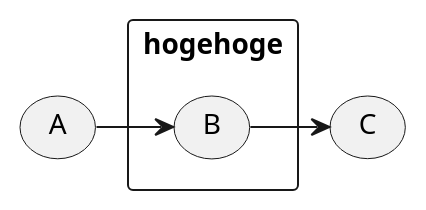
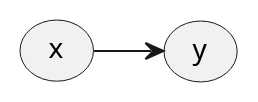
Before and after one commit to kitfactory/paper: the first of 7 diagrams in bayse.md, drawn with PlantUML. The commit also changed other lines of this file, not shown here.

````diff
--- a/bayse.md
+++ b/bayse.md
@@ -58,12 +100,6 @@
 ```plantuml
 @startuml
+(x)->(y)
 
-usecase A
-usecase C
-
-rectangle hogehoge{
-A->(B)
-(B)->C
-}
 @enduml
 ```
````
